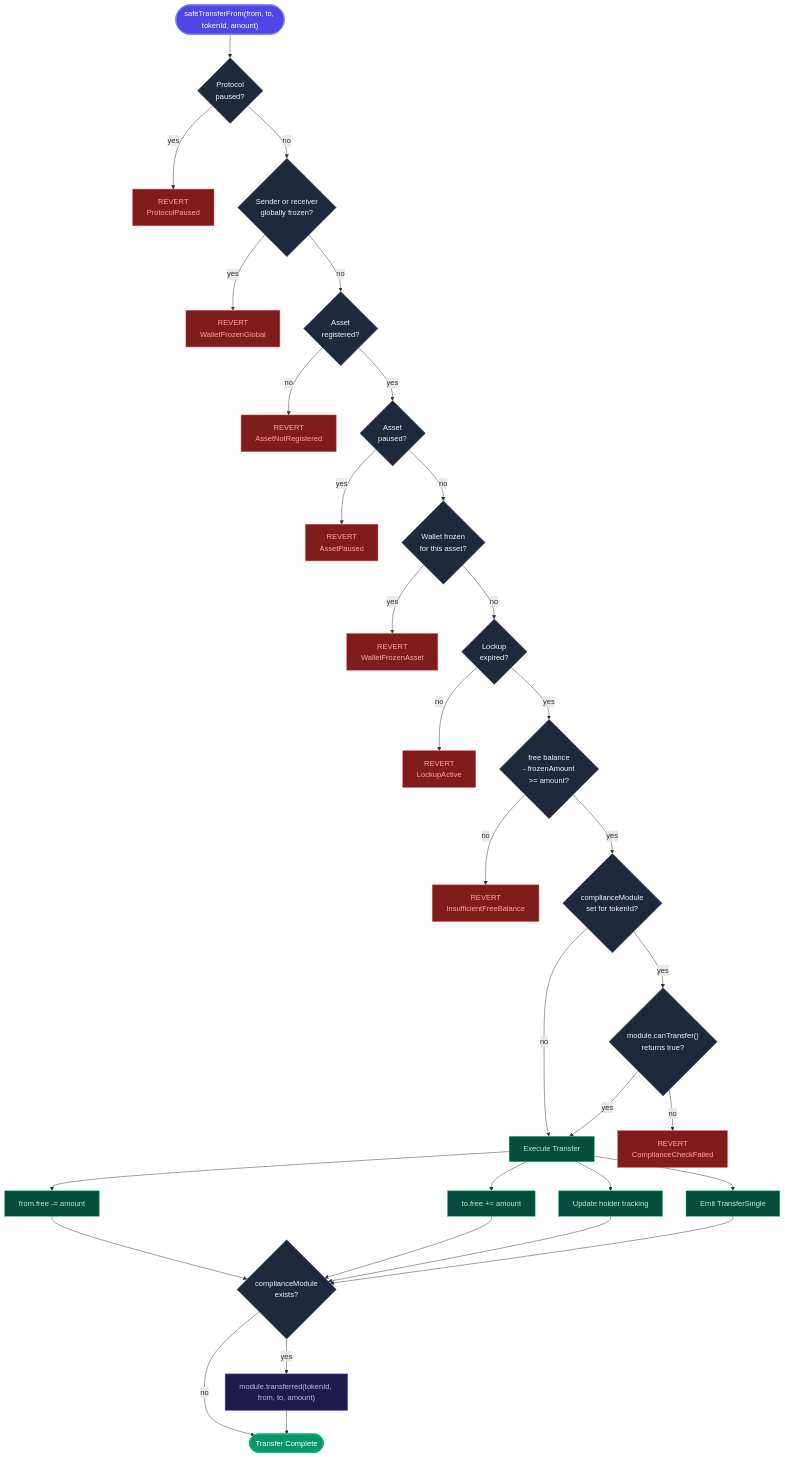
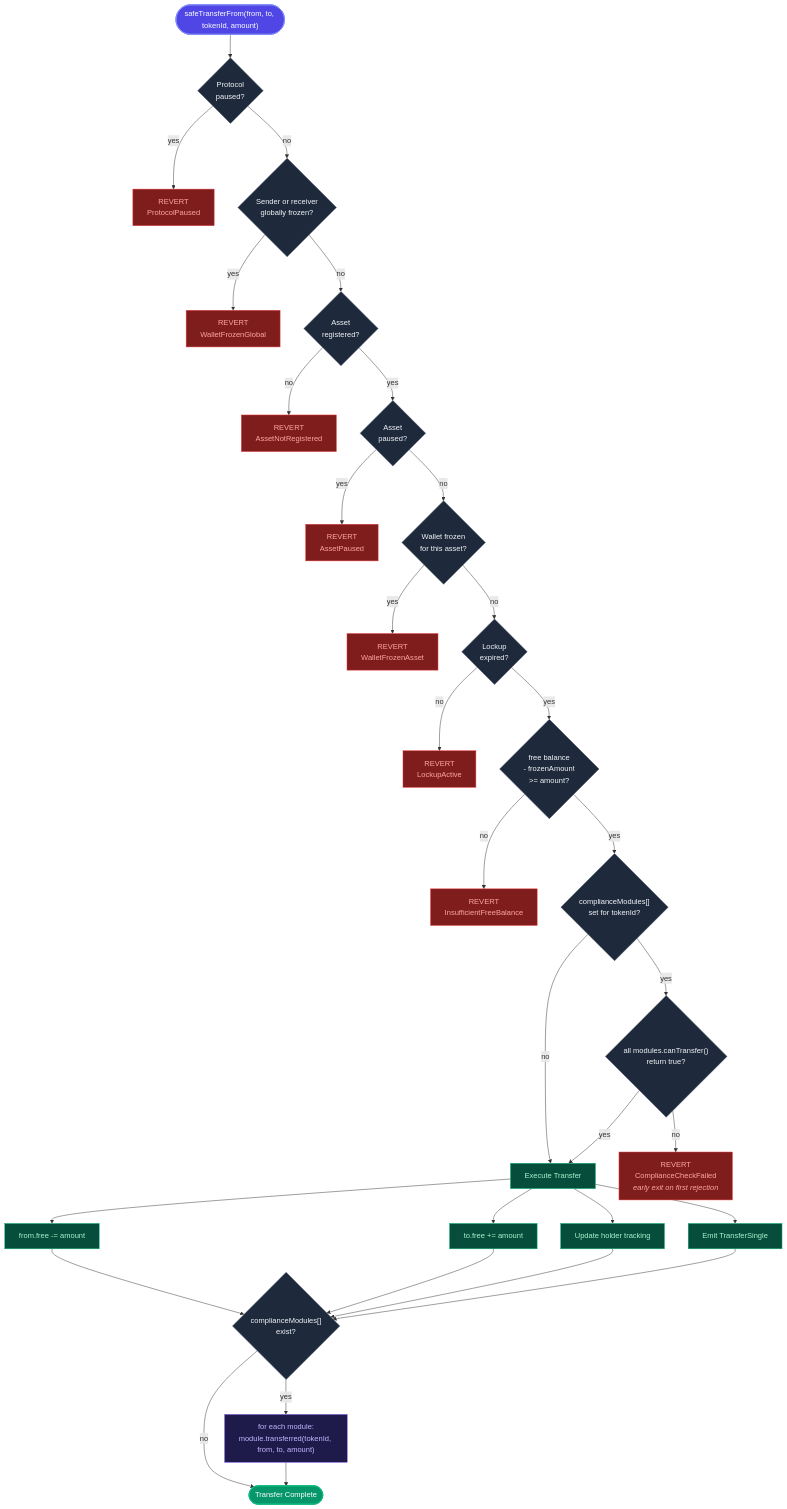
The diagram in docs/diagrams/en/02-transfer-flow.mmd (jminango20/agro-diamond-compliance), drawn with Mermaid before and after one commit. The commit also changed 39 other files, not shown here.

First line of the commit message:
feat(compliance): auto-increment tokenId and multiple compliance modules per asset

```diff
--- a/docs/diagrams/en/02-transfer-flow.mmd
+++ b/docs/diagrams/en/02-transfer-flow.mmd
@@ -1,55 +1,55 @@
 flowchart TD
     Start(["safeTransferFrom(from, to, tokenId, amount)"])
 
     Start --> G1{"Protocol<br/>paused?"}
     G1 -->|yes| REVERT1["REVERT<br/>ProtocolPaused"]
     G1 -->|no| G2{"Sender or receiver<br/>globally frozen?"}
     G2 -->|yes| REVERT2["REVERT<br/>WalletFrozenGlobal"]
     G2 -->|no| A1
 
     A1{"Asset<br/>registered?"}
     A1 -->|no| REVERT3["REVERT<br/>AssetNotRegistered"]
     A1 -->|yes| A2{"Asset<br/>paused?"}
     A2 -->|yes| REVERT4["REVERT<br/>AssetPaused"]
     A2 -->|no| A3{"Wallet frozen<br/>for this asset?"}
     A3 -->|yes| REVERT5["REVERT<br/>WalletFrozenAsset"]
     A3 -->|no| A4{"Lockup<br/>expired?"}
     A4 -->|no| REVERT6["REVERT<br/>LockupActive"]
     A4 -->|yes| B1
 
     B1{"free balance<br/>- frozenAmount<br/>>= amount?"}
     B1 -->|no| REVERT7["REVERT<br/>InsufficientFreeBalance"]
     B1 -->|yes| C1
 
-    C1{"complianceModule<br/>set for tokenId?"}
+    C1{"complianceModules[]<br/>set for tokenId?"}
     C1 -->|no| EXEC
-    C1 -->|yes| C2{"module.canTransfer()<br/>returns true?"}
-    C2 -->|no| REVERT8["REVERT<br/>ComplianceCheckFailed"]
+    C1 -->|yes| C2{"all modules.canTransfer()<br/>return true?"}
+    C2 -->|no| REVERT8["REVERT<br/>ComplianceCheckFailed<br/><i>early exit on first rejection</i>"]
     C2 -->|yes| EXEC
 
     EXEC["Execute Transfer"]
     EXEC --> E1["from.free -= amount"]
     EXEC --> E2["to.free += amount"]
     EXEC --> E3["Update holder tracking"]
     EXEC --> E4["Emit TransferSingle"]
 
     E1 & E2 & E3 & E4 --> POST
 
-    POST{"complianceModule<br/>exists?"}
-    POST -->|yes| HOOK["module.transferred(tokenId, from, to, amount)"]
+    POST{"complianceModules[]<br/>exist?"}
+    POST -->|yes| HOOK["for each module:<br/>module.transferred(tokenId, from, to, amount)"]
     POST -->|no| DONE
     HOOK --> DONE(["Transfer Complete"])
 
     classDef start fill:#4f46e5,stroke:#818cf8,color:#fff,stroke-width:2px
     classDef check fill:#1e293b,stroke:#475569,color:#f1f5f9
     classDef revert fill:#7f1d1d,stroke:#ef4444,color:#fca5a5
     classDef exec fill:#064e3b,stroke:#10b981,color:#a7f3d0
     classDef post fill:#1e1b4b,stroke:#8b5cf6,color:#c4b5fd
     classDef done fill:#059669,stroke:#10b981,color:#fff,stroke-width:2px
 
     class Start start
     class G1,G2,A1,A2,A3,A4,B1,C1,C2,POST check
     class REVERT1,REVERT2,REVERT3,REVERT4,REVERT5,REVERT6,REVERT7,REVERT8 revert
     class EXEC,E1,E2,E3,E4 exec
     class HOOK post
     class DONE done
```
